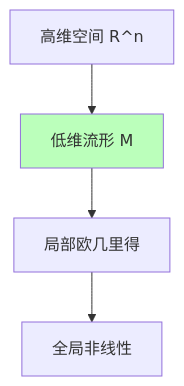
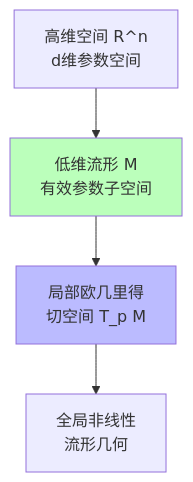
The diagram in concepts/01-AI三层模型架构/01.3.1-概率论与微分几何基础.md (AdaMartin18010/FormalAI), drawn with Mermaid before and after one commit. The commit also changed other lines of this file and 126 other files, not shown here.

````diff
--- a/concepts/01-AI三层模型架构/01.3.1-概率论与微分几何基础.md
+++ b/concepts/01-AI三层模型架构/01.3.1-概率论与微分几何基础.md
@@ -84,8 +270,9 @@
 ```mermaid
 graph TB
-    A[高维空间 R^n] --> B[低维流形 M]
-    B --> C[局部欧几里得]
-    C --> D[全局非线性]
+    A[高维空间 R^n<br>d维参数空间] --> B[低维流形 M<br>有效参数子空间]
+    B --> C[局部欧几里得<br>切空间 T_p M]
+    C --> D[全局非线性<br>流形几何]
 
     style B fill:#bfb
+    style C fill:#bbf
 ```
````
